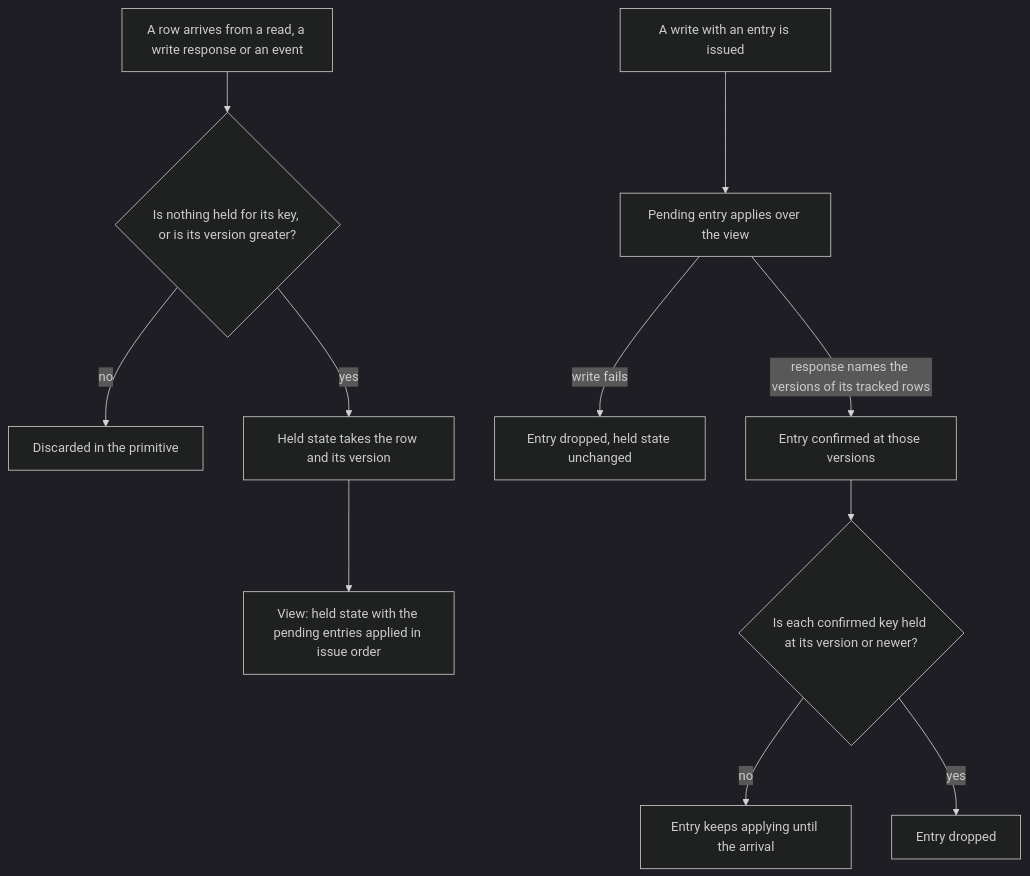
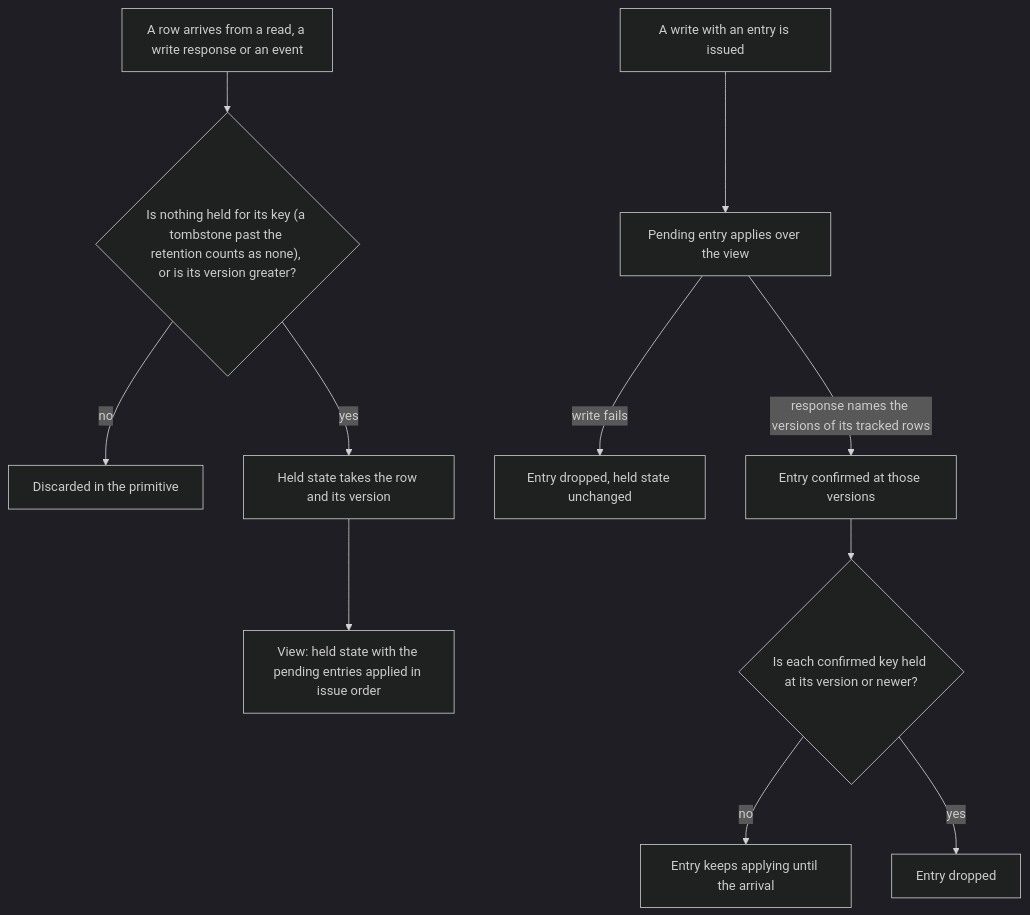
The first of 2 diagrams in openspec/changes/architecture-optimistic-overlay/design.md (Esposter/Esposter), drawn with Mermaid (dark theme) before and after one commit. The commit also changed other lines of this file and 4 other files, not shown here.

First line of the commit message:
fix(web): a held tombstone past the retention counts as nothing held, so a revived row at version zero arrives as new and its write settles on that arrival

````diff
--- a/openspec/changes/architecture-optimistic-overlay/design.md
+++ b/openspec/changes/architecture-optimistic-overlay/design.md
@@ -31,13 +31,13 @@
 ```mermaid
 flowchart TD
-  A["A row arrives from a read, a write response or an event"] --> G{"Is nothing held for its key, or is its version greater?"}
+  A["A row arrives from a read, a write response or an event"] --> G{"Is nothing held for its key (a tombstone past the retention counts as none), or is its version greater?"}
   G -->|no| X["Discarded in the primitive"]
   G -->|yes| H["Held state takes the row and its version"]
   H --> V["View: held state with the pending entries applied in issue order"]
   W["A write with an entry is issued"] --> P["Pending entry applies over the view"]
   P -->|"write fails"| D["Entry dropped, held state unchanged"]
   P -->|"response names the versions of its tracked rows"| C["Entry confirmed at those versions"]
   C --> S{"Is each confirmed key held at its version or newer?"}
   S -->|no| K["Entry keeps applying until the arrival"]
   S -->|yes| E["Entry dropped"]
 ```
````
